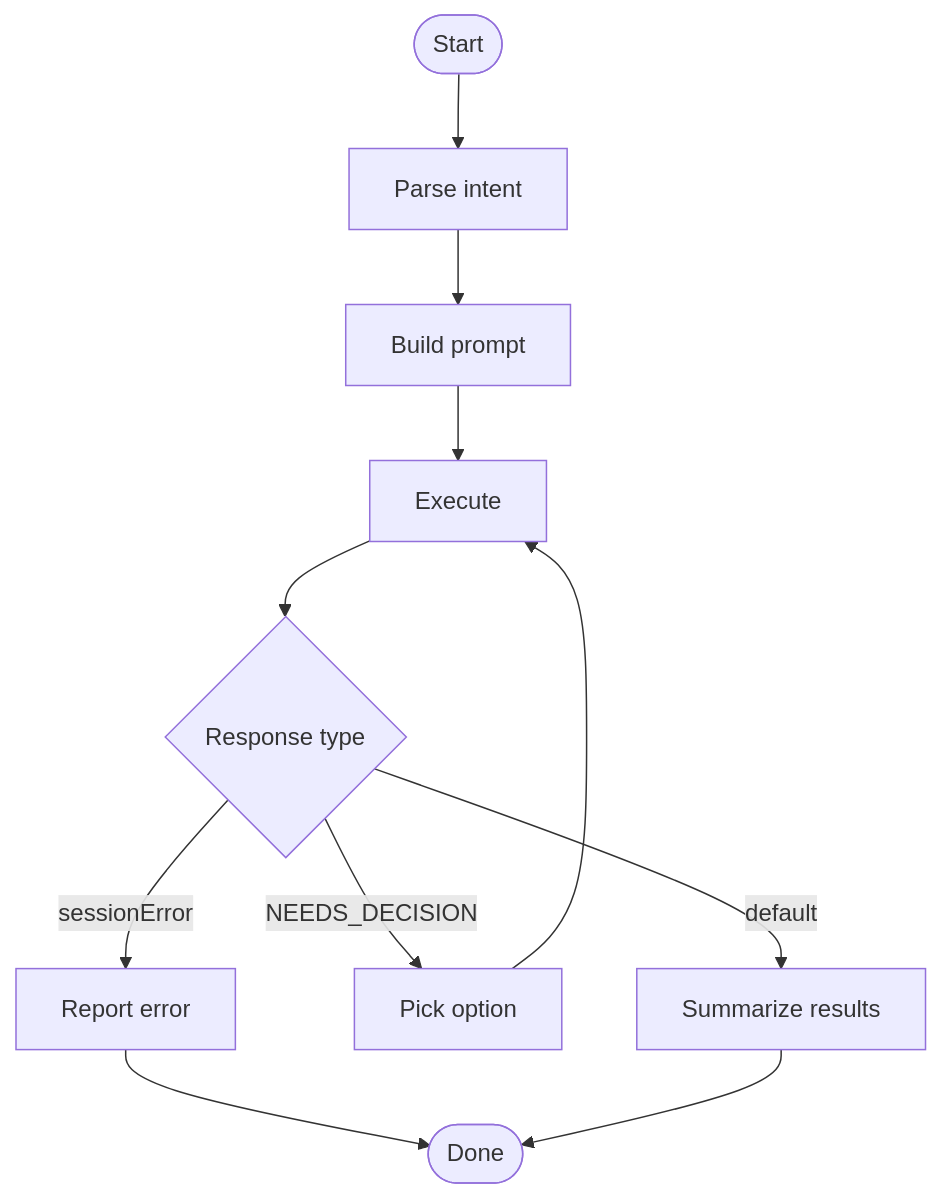
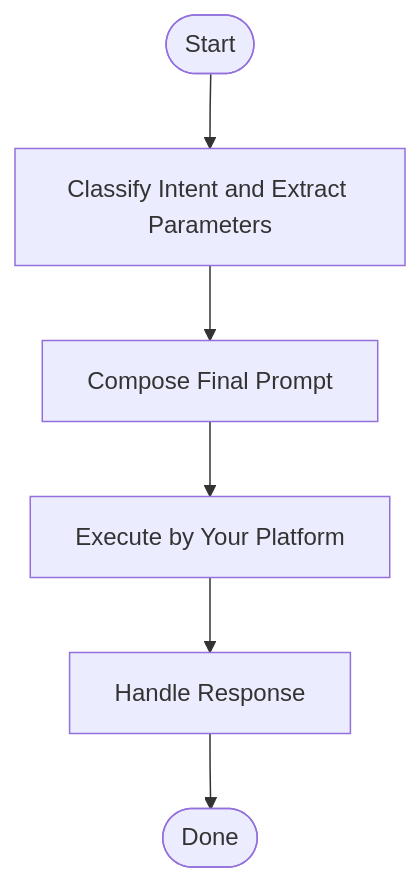
One commit to 35iter-cn/agents-config changed the diagram in skills/companions/runx/SKILL.md. Above: the diagram before and after it, drawn with Mermaid. The commit also changed other lines of this file and 1 other file, not shown here.

````diff
--- a/skills/companions/runx/SKILL.md
+++ b/skills/companions/runx/SKILL.md
@@ -128,13 +146,8 @@
 ```mermaid
 flowchart TD
-    A([Start]) --> B[Parse intent]
-    B --> C[Build prompt]
-    C --> D[Execute]
-    D --> E{Response type}
-    E -->|sessionError| F[Report error]
-    E -->|NEEDS_DECISION| G[Pick option]
-    G --> D
-    E -->|default| H[Summarize results]
-    F --> I([Done])
-    H --> I
+    A([Start]) --> B[Classify Intent and Extract Parameters]
+    B --> C[Compose Final Prompt]
+    C --> D[Execute by Your Platform]
+    D --> E[Handle Response]
+    E --> F([Done])
 ```
````
